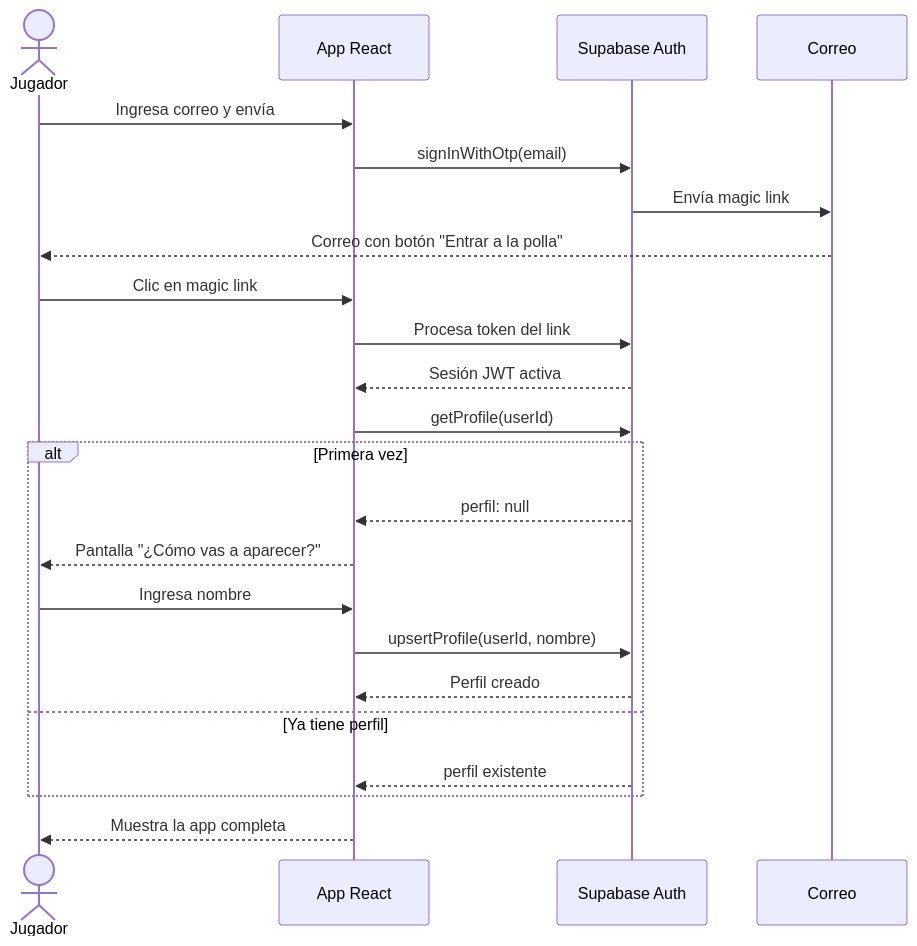
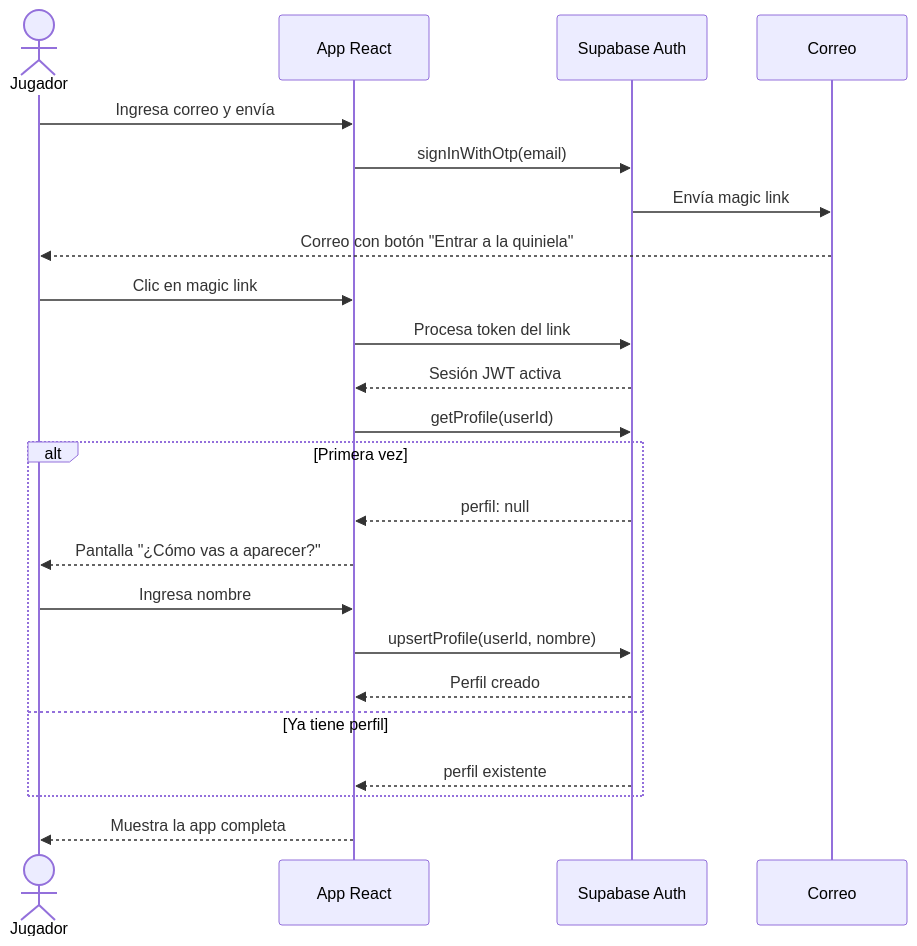
One commit to JEnriquePS/eb-fifa changed the second of 3 diagrams in docs/architecture/sequences/user-flow.md. Above: the diagram before and after it, drawn with Mermaid. The commit also changed 7 other files, not shown here.

Commit message:
chore: rename Polla Mundialista to Quiniela Mundialista

````diff
--- a/docs/architecture/sequences/user-flow.md
+++ b/docs/architecture/sequences/user-flow.md
@@ -48,29 +48,29 @@
 ```mermaid
 sequenceDiagram
     actor U as Jugador
     participant App as App React
     participant SB as Supabase Auth
     participant Email as Correo
 
     U->>App: Ingresa correo y envía
     App->>SB: signInWithOtp(email)
     SB->>Email: Envía magic link
-    Email-->>U: Correo con botón "Entrar a la polla"
+    Email-->>U: Correo con botón "Entrar a la quiniela"
 
     U->>App: Clic en magic link
     App->>SB: Procesa token del link
     SB-->>App: Sesión JWT activa
     App->>SB: getProfile(userId)
 
     alt Primera vez
         SB-->>App: perfil: null
         App-->>U: Pantalla "¿Cómo vas a aparecer?"
         U->>App: Ingresa nombre
         App->>SB: upsertProfile(userId, nombre)
         SB-->>App: Perfil creado
     else Ya tiene perfil
         SB-->>App: perfil existente
     end
 
     App-->>U: Muestra la app completa
 ```
````
